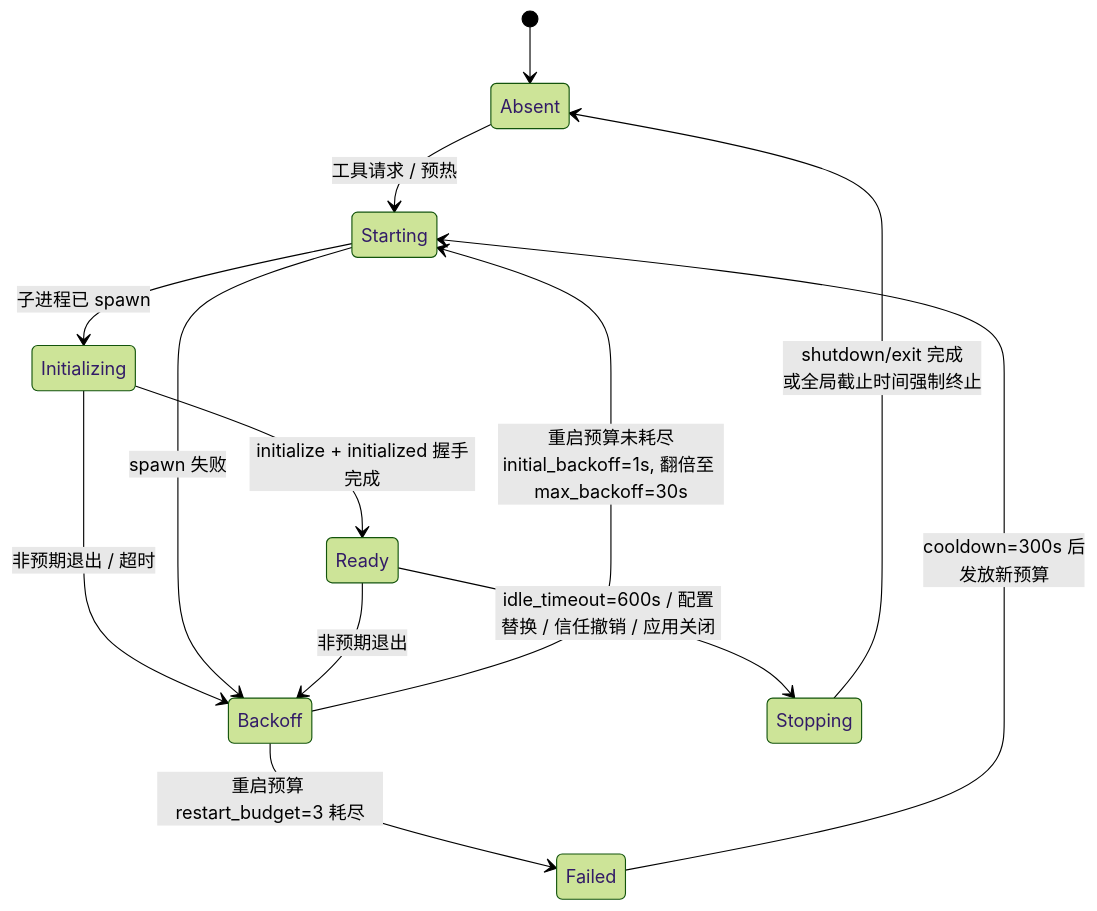
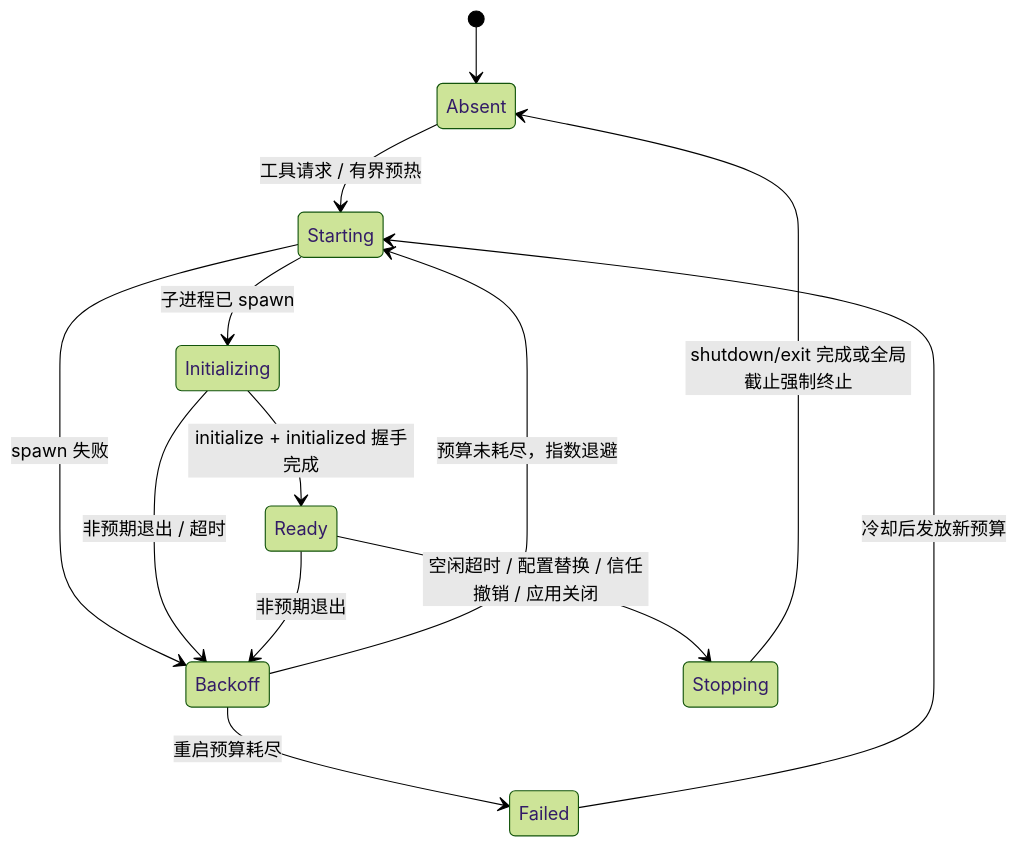
The diagram in docs/developer-guide/zh-CN/src/lsp-code-intelligence.md (cdavid817/vanehub-ai), drawn with Mermaid (forest theme) before and after one commit. The commit also changed other lines of this file and 80 other files, not shown here.

````diff
--- a/docs/developer-guide/zh-CN/src/lsp-code-intelligence.md
+++ b/docs/developer-guide/zh-CN/src/lsp-code-intelligence.md
@@ -215,15 +66,15 @@
 ```mermaid
 stateDiagram-v2
     [*] --> Absent
-    Absent --> Starting: 工具请求 / 预热
+    Absent --> Starting: 工具请求 / 有界预热
     Starting --> Initializing: 子进程已 spawn
     Initializing --> Ready: initialize + initialized 握手完成
+    Starting --> Backoff: spawn 失败
     Initializing --> Backoff: 非预期退出 / 超时
-    Starting --> Backoff: spawn 失败
-    Ready --> Stopping: idle_timeout=600s / 配置替换 / 信任撤销 / 应用关闭
-    Backoff --> Starting: 重启预算未耗尽<br/>initial_backoff=1s, 翻倍至 max_backoff=30s
-    Backoff --> Failed: 重启预算 restart_budget=3 耗尽
-    Failed --> Starting: cooldown=300s 后<br/>发放新预算
-    Stopping --> Absent: shutdown/exit 完成<br/>或全局截止时间强制终止
     Ready --> Backoff: 非预期退出
+    Backoff --> Starting: 预算未耗尽，指数退避
+    Backoff --> Failed: 重启预算耗尽
+    Failed --> Starting: 冷却后发放新预算
+    Ready --> Stopping: 空闲超时 / 配置替换 / 信任撤销 / 应用关闭
+    Stopping --> Absent: shutdown/exit 完成或全局截止强制终止
 ```
````
